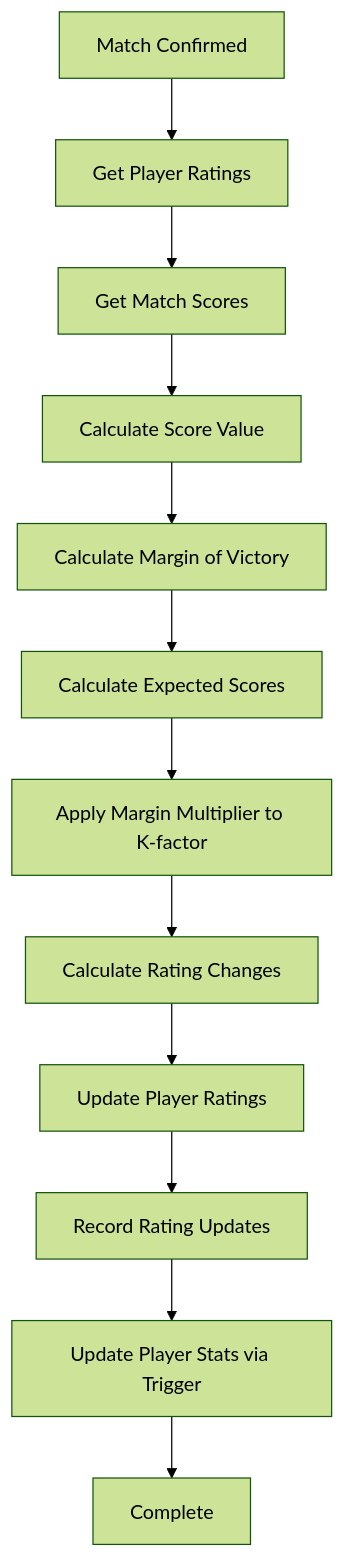
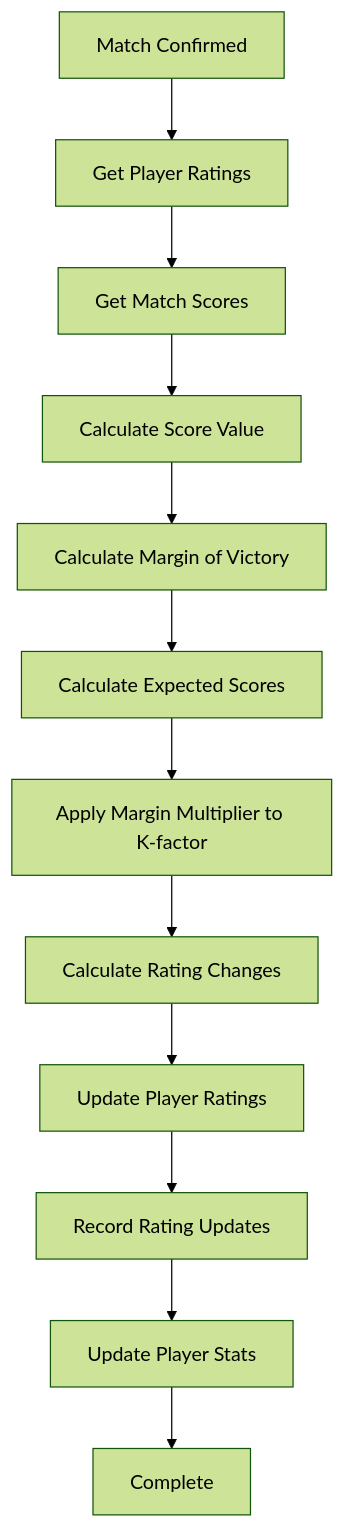
One commit to UziB26/leagueladder changed diagram 11 of 17 in doc/architecture.md. Above: the diagram before and after it, drawn with Mermaid (forest theme). The commit also changed other lines of this file and 7 other files, not shown here.

````diff
--- a/doc/architecture.md
+++ b/doc/architecture.md
@@ -548,14 +637,14 @@
 ```mermaid
 flowchart TD
     A[Match Confirmed] --> B[Get Player Ratings]
     B --> C[Get Match Scores]
     C --> D[Calculate Score Value]
     D --> E[Calculate Margin of Victory]
     E --> F[Calculate Expected Scores]
     F --> G[Apply Margin Multiplier to K-factor]
     G --> H[Calculate Rating Changes]
     H --> I[Update Player Ratings]
     I --> J[Record Rating Updates]
-    J --> K[Update Player Stats via Trigger]
+    J --> K[Update Player Stats]
     K --> L[Complete]
 ```
````
